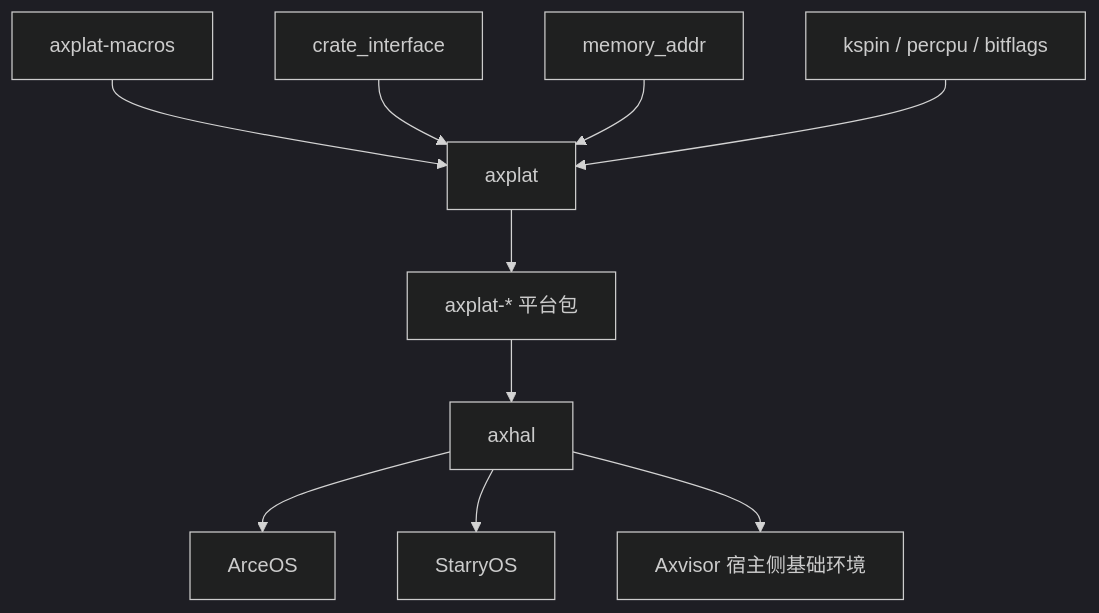
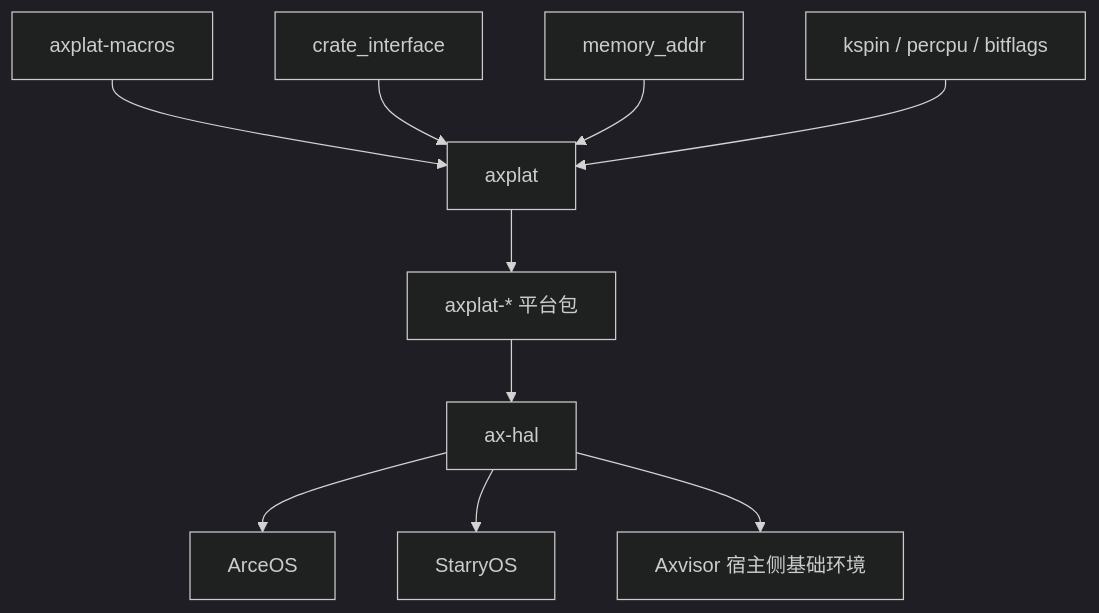
The second of 2 diagrams in docs/crates/axplat.md (zKurisu/tgoskits), drawn with Mermaid (dark theme) before and after one commit. The commit also changed other lines of this file and 158 other files, not shown here.

Commit message:
rename axhal to ax-hal

````diff
--- a/docs/crates/axplat.md
+++ b/docs/crates/axplat.md
@@ -206,13 +206,13 @@
 ```mermaid
 graph TD
     A[axplat-macros] --> B[axplat]
     C[crate_interface] --> B
     D[memory_addr] --> B
     E[kspin / percpu / bitflags] --> B
 
     B --> F[axplat-* 平台包]
-    F --> G[axhal]
+    F --> G[ax-hal]
     G --> H[ArceOS]
     G --> I[StarryOS]
     G --> J[Axvisor 宿主侧基础环境]
 ```
````
